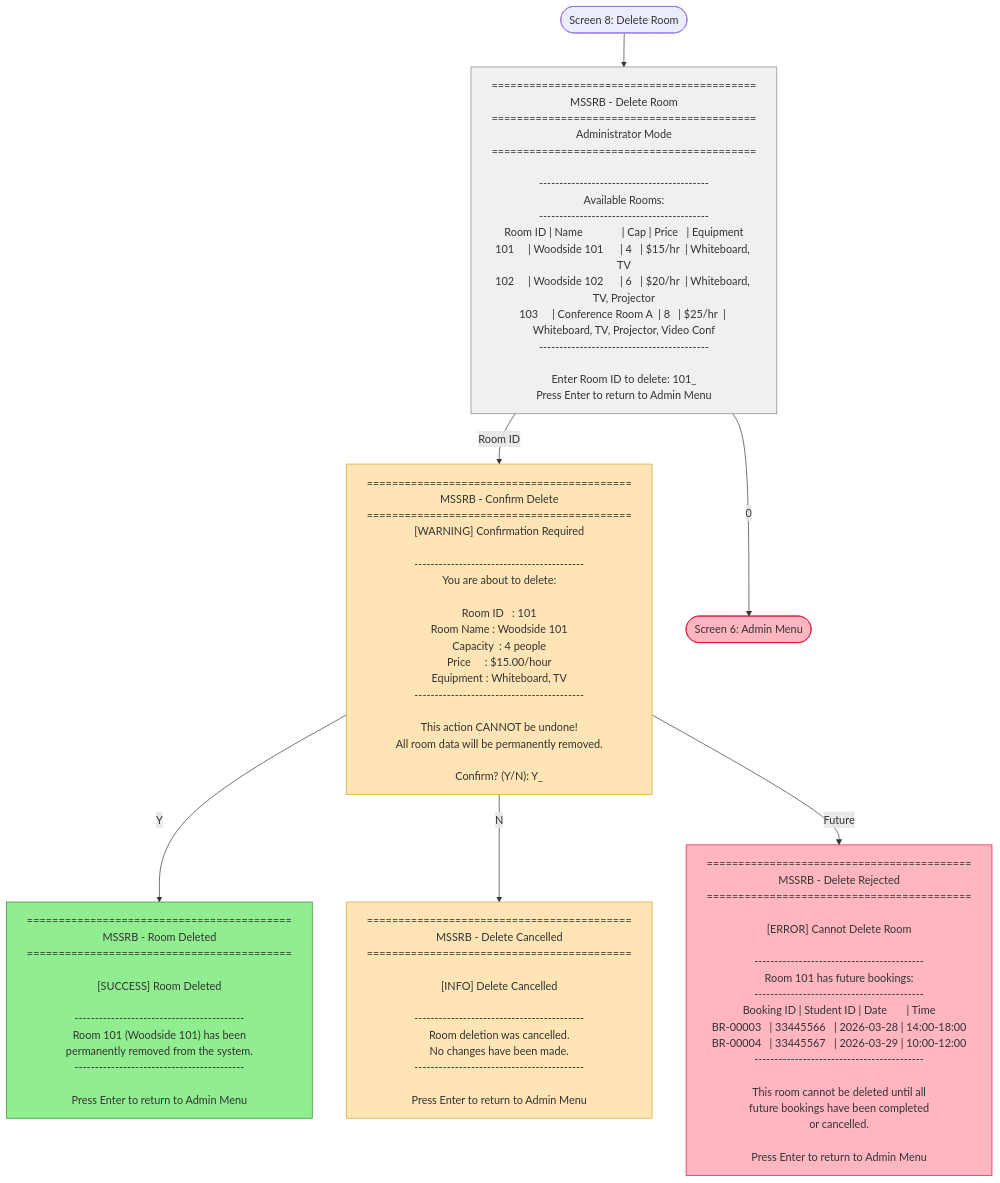
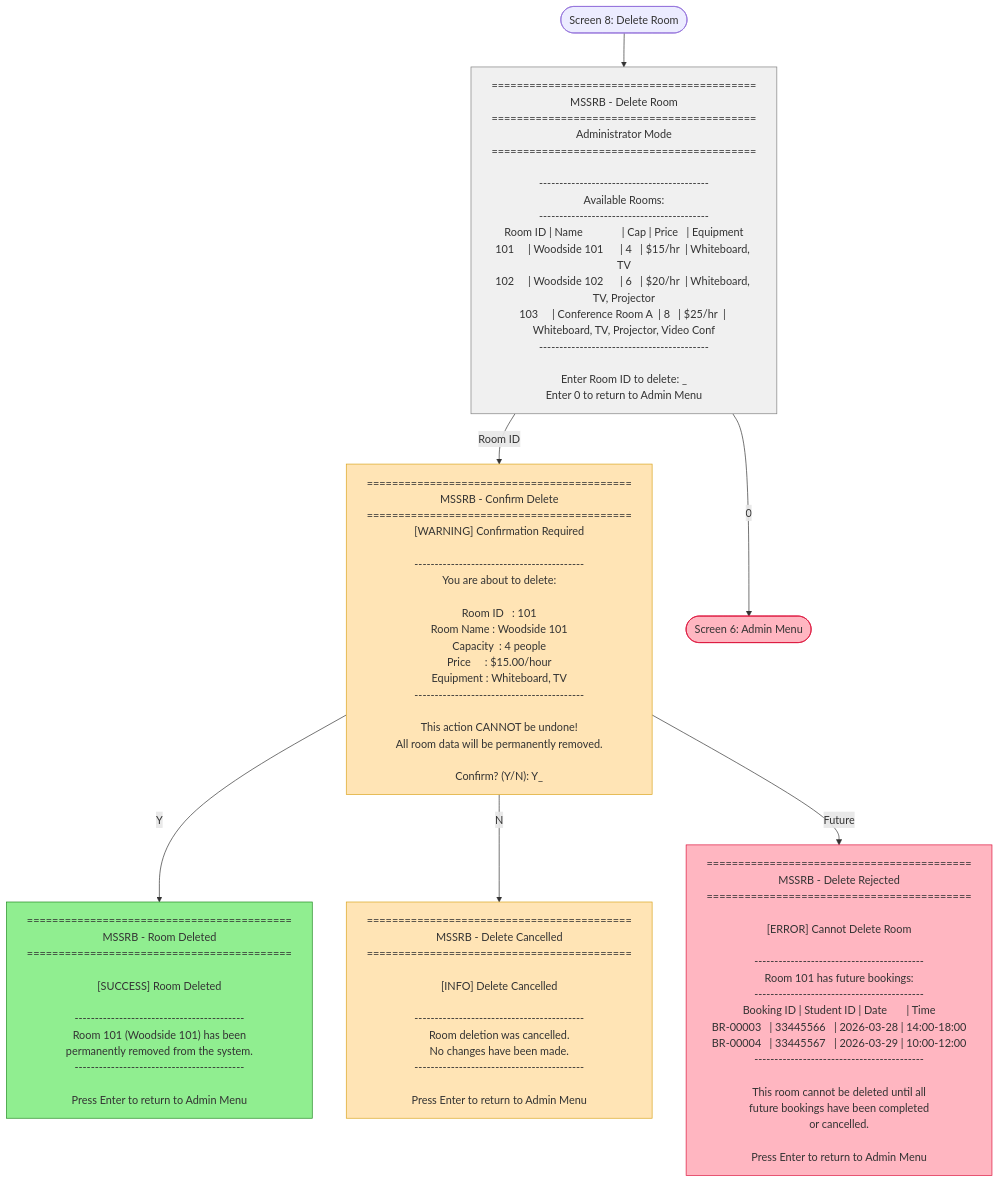
The diagram in mermaid/member_b/08_delete_room.flowchart.mmd (alii0110-monash/fit5136-study-room-booking), drawn with Mermaid before and after one commit. The commit also changed 2 other files, not shown here.

Commit message:
Fix navigation consistency: use "Enter 0" for screens with multiple input options
- 05_checkout: Changed from "Press Enter" to "Enter 0 to return" since user can select booking ID
- 04_booking_flow: Changed from "Press Enter" to "Enter 0 to return" since user can select room ID
- 08_delete_room: Changed from "Press Enter" to "Enter 0 to return" since user can select room ID

This aligns with the convention: "Enter 0" when multiple options exist, "Press Enter" when only returning to menu.

```diff
--- a/mermaid/member_b/08_delete_room.flowchart.mmd
+++ b/mermaid/member_b/08_delete_room.flowchart.mmd
@@ -1,112 +1,112 @@
 flowchart TB
     DELETE_ROOM(["Screen 8: Delete Room"])
 
     DR1["
 ==========================================
 MSSRB - Delete Room
 ==========================================
 Administrator Mode
 ==========================================
 
 ------------------------------------------
 Available Rooms:
 ------------------------------------------
 Room ID | Name              | Cap | Price   | Equipment
 101     | Woodside 101      | 4   | $15/hr  | Whiteboard, TV
 102     | Woodside 102      | 6   | $20/hr  | Whiteboard, TV, Projector
 103     | Conference Room A  | 8   | $25/hr  | Whiteboard, TV, Projector, Video Conf
 ------------------------------------------
 
-Enter Room ID to delete: 101_
-Press Enter to return to Admin Menu
+Enter Room ID to delete: _
+Enter 0 to return to Admin Menu
     "]
 
     DR2["
 ==========================================
 MSSRB - Confirm Delete
 ==========================================
 [WARNING] Confirmation Required
 
 ------------------------------------------
 You are about to delete:
 
 Room ID   : 101
 Room Name : Woodside 101
 Capacity  : 4 people
 Price     : $15.00/hour
 Equipment : Whiteboard, TV
 ------------------------------------------
 
 This action CANNOT be undone!
 All room data will be permanently removed.
 
 Confirm? (Y/N): Y_
     "]
 
     DR3["
 ==========================================
 MSSRB - Room Deleted
 ==========================================
 
 [SUCCESS] Room Deleted
 
 ------------------------------------------
 Room 101 (Woodside 101) has been
 permanently removed from the system.
 ------------------------------------------
 
 Press Enter to return to Admin Menu
     "]
 
     DR4["
 ==========================================
 MSSRB - Delete Cancelled
 ==========================================
 
 [INFO] Delete Cancelled
 
 ------------------------------------------
 Room deletion was cancelled.
 No changes have been made.
 ------------------------------------------
 
 Press Enter to return to Admin Menu
     "]
 
     DR5["
 ==========================================
 MSSRB - Delete Rejected
 ==========================================
 
 [ERROR] Cannot Delete Room
 
 ------------------------------------------
 Room 101 has future bookings:
 ------------------------------------------
 Booking ID | Student ID | Date       | Time
 BR-00003   | 33445566   | 2026-03-28 | 14:00-18:00
 BR-00004   | 33445567   | 2026-03-29 | 10:00-12:00
 ------------------------------------------
 
 This room cannot be deleted until all
 future bookings have been completed
 or cancelled.
 
 Press Enter to return to Admin Menu
     "]
 
     ADMIN(["Screen 6: Admin Menu"])
 
     DELETE_ROOM --> DR1
     DR1 -->|"Room ID"| DR2
     DR1 -->|"0"| ADMIN
     DR2 -->|"Y"| DR3
     DR2 -->|"N"| DR4
     DR2 -->|"Future"| DR5
 
     style DR1 fill:#F0F0F0,stroke:#808080
     style DR2 fill:#FFE4B5,stroke:#DAA520
     style DR3 fill:#90EE90,stroke:#228B22
     style DR4 fill:#FFE4B5,stroke:#DAA520
     style DR5 fill:#FFB6C1,stroke:#DC143C
     style ADMIN fill:#FFB6C1,stroke:#DC143C
```
